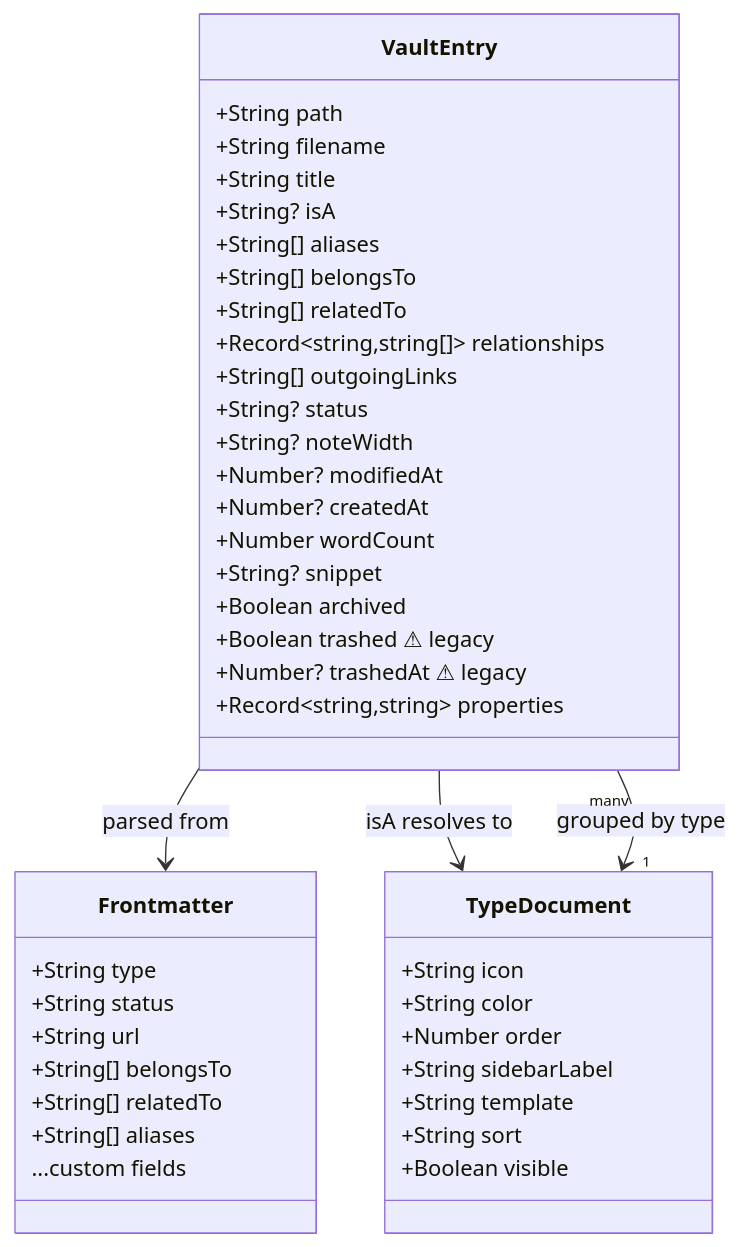
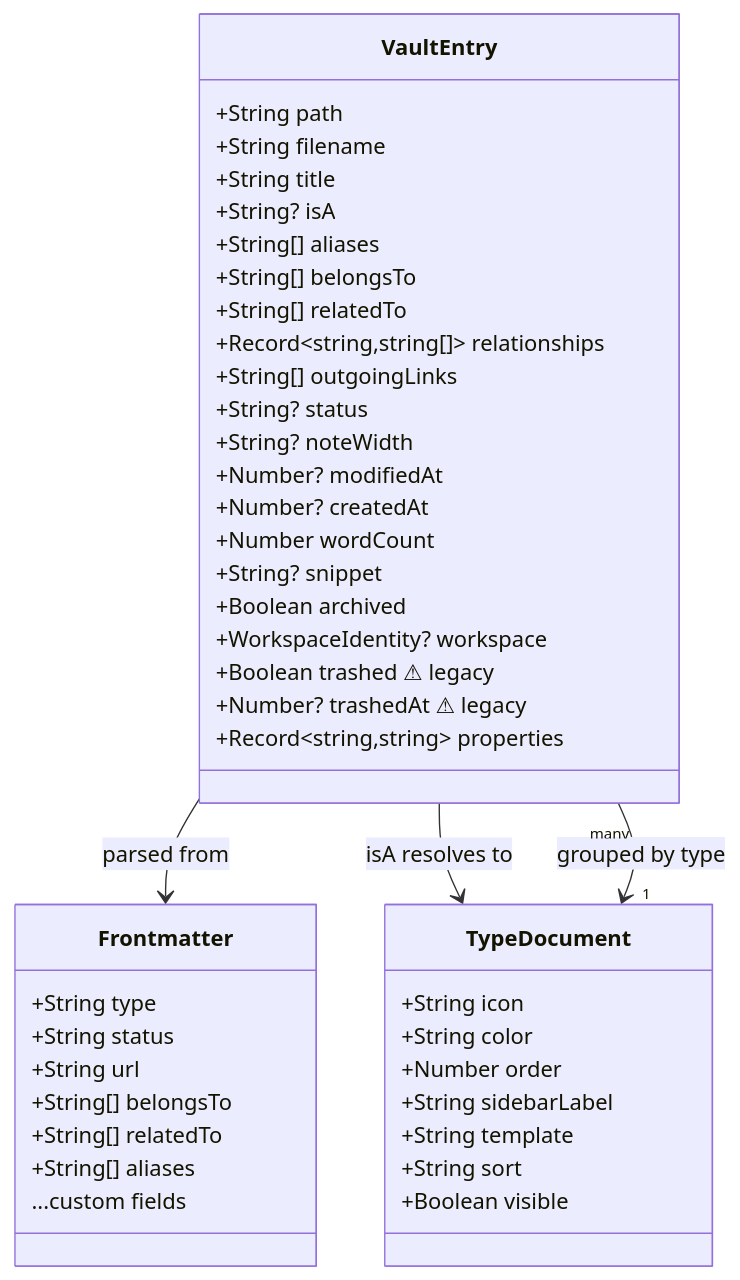
One commit to aimeritething/Fuwa changed the first of 3 diagrams in docs/ABSTRACTIONS.md. Above: the diagram before and after it, drawn with Mermaid. The commit also changed other lines of this file and 54 other files, not shown here.

Commit message:
feat: unify mounted workspace graph

````diff
--- a/docs/ABSTRACTIONS.md
+++ b/docs/ABSTRACTIONS.md
@@ -78,48 +78,49 @@
 ```mermaid
 classDiagram
     class VaultEntry {
         +String path
         +String filename
         +String title
         +String? isA
         +String[] aliases
         +String[] belongsTo
         +String[] relatedTo
         +Record~string,string[]~ relationships
         +String[] outgoingLinks
         +String? status
         +String? noteWidth
         +Number? modifiedAt
         +Number? createdAt
         +Number wordCount
         +String? snippet
         +Boolean archived
+        +WorkspaceIdentity? workspace
         +Boolean trashed ⚠ legacy
         +Number? trashedAt ⚠ legacy
         +Record~string,string~ properties
     }
 
     class TypeDocument {
         +String icon
         +String color
         +Number order
         +String sidebarLabel
         +String template
         +String sort
         +Boolean visible
     }
 
     class Frontmatter {
         +String type
         +String status
         +String url
         +String[] belongsTo
         +String[] relatedTo
         +String[] aliases
         ...custom fields
     }
 
     VaultEntry --> Frontmatter : parsed from
     VaultEntry --> TypeDocument : isA resolves to
     VaultEntry "many" --> "1" TypeDocument : grouped by type
 ```
````
